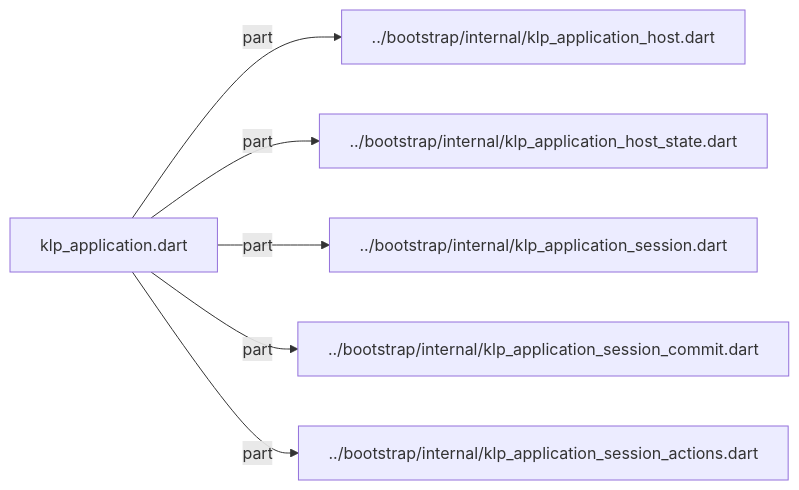
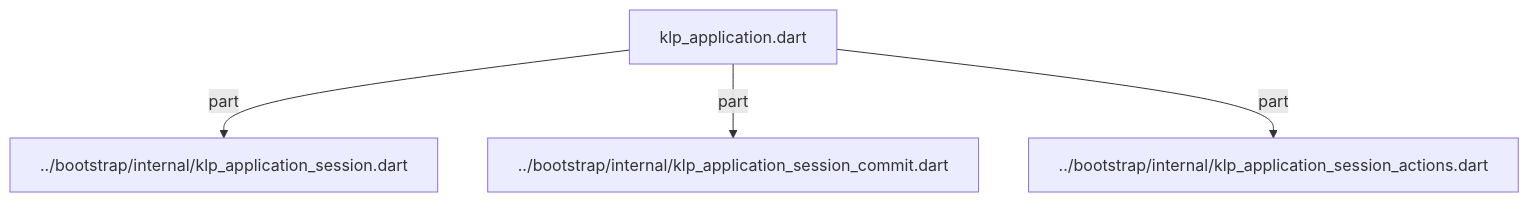
Before and after one commit to MiuDog/Kallopis: the sixth of 7 diagrams in docs/architecture/src/application/structure/klp_application.md, drawn with Mermaid. The commit also changed other lines of this file and 9688 other files, not shown here.

Commit message:
Prepare isolated Flow F2 peer baseline

````diff
--- a/docs/architecture/src/application/structure/klp_application.md
+++ b/docs/architecture/src/application/structure/klp_application.md
@@ -119,14 +146,10 @@
 ```mermaid
-flowchart LR
+flowchart TD
 	n0["klp_application.dart"]
-	n1["../bootstrap/internal/klp_application_host.dart"]
-	n2["../bootstrap/internal/klp_application_host_state.dart"]
-	n3["../bootstrap/internal/klp_application_session.dart"]
-	n4["../bootstrap/internal/klp_application_session_commit.dart"]
-	n5["../bootstrap/internal/klp_application_session_actions.dart"]
+	n1["../bootstrap/internal/klp_application_session.dart"]
+	n2["../bootstrap/internal/klp_application_session_commit.dart"]
+	n3["../bootstrap/internal/klp_application_session_actions.dart"]
 	n0 -->|"part"| n1
 	n0 -->|"part"| n2
 	n0 -->|"part"| n3
-	n0 -->|"part"| n4
-	n0 -->|"part"| n5
 ```
````
